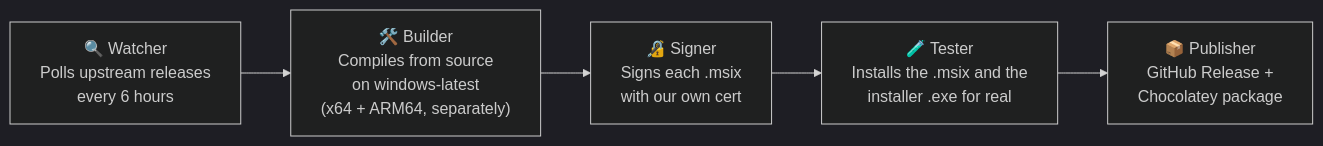
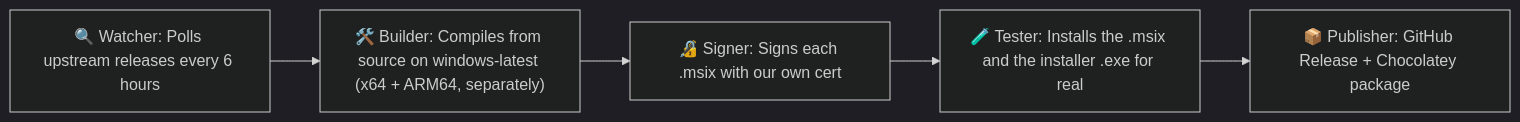
Before and after one commit to tanzim2000/fluentflyout-unofficial: the diagram in README.md, drawn with Mermaid (dark theme).

````diff
--- a/README.md
+++ b/README.md
@@ -18,7 +18,7 @@
 ```mermaid
 flowchart LR
-    A["🔍 Watcher<br/>Polls upstream releases<br/>every 6 hours"] --> B["🛠️ Builder<br/>Compiles from source<br/>on windows-latest<br/>(x64 + ARM64, separately)"]
-    B --> C["🔏 Signer<br/>Signs each .msix<br/>with our own cert"]
-    C --> D["🧪 Tester<br/>Installs the .msix and the<br/>installer .exe for real"]
-    D --> E["📦 Publisher<br/>GitHub Release +<br/>Chocolatey package"]
+    A["🔍 Watcher: Polls upstream releases every 6 hours"] --> B["🛠️ Builder: Compiles from source on windows-latest (x64 + ARM64, separately)"]
+    B --> C["🔏 Signer: Signs each .msix with our own cert"]
+    C --> D["🧪 Tester: Installs the .msix and the installer .exe for real"]
+    D --> E["📦 Publisher: GitHub Release + Chocolatey package"]
 ```
````
